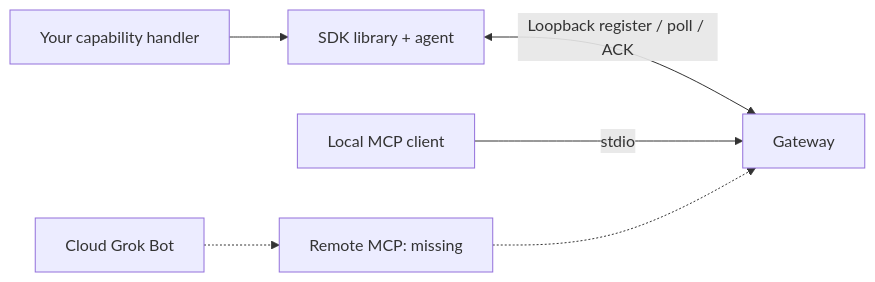
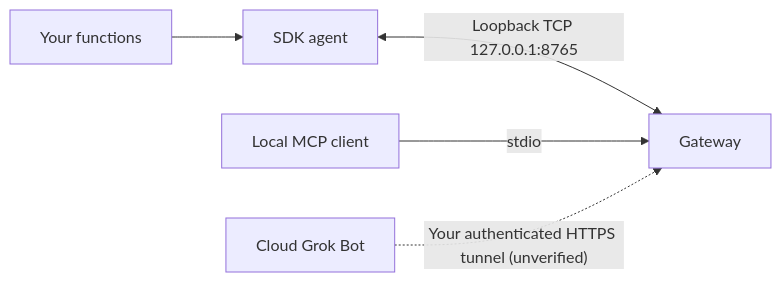
The diagram in README.md (adidshaft/grok-gadgets-linux-sdk), drawn with Mermaid before and after one commit. The commit also changed other lines of this file and 7 other files, not shown here.

````diff
--- a/README.md
+++ b/README.md
@@ -9,8 +75,7 @@
 ```mermaid
 flowchart LR
-    A["Your capability handler"] --> S["SDK library + agent"]
-    S <-->|"Loopback register / poll / ACK"| G["Gateway"]
+    A["Your functions"] --> S["SDK agent"]
+    S <-->|"Loopback TCP 127.0.0.1:8765"| G["Gateway"]
     C["Local MCP client"] -->|"stdio"| G
-    B["Cloud Grok Bot"] -.-> R["Remote MCP: missing"]
-    R -.-> G
+    B["Cloud Grok Bot"] -.->|"Your authenticated HTTPS tunnel (unverified)"| G
 ```
````
